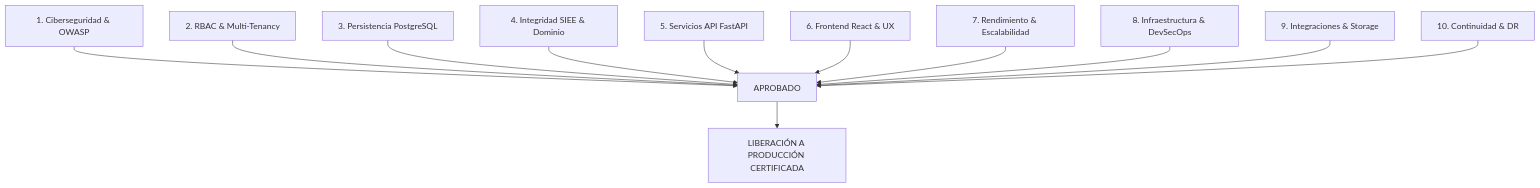
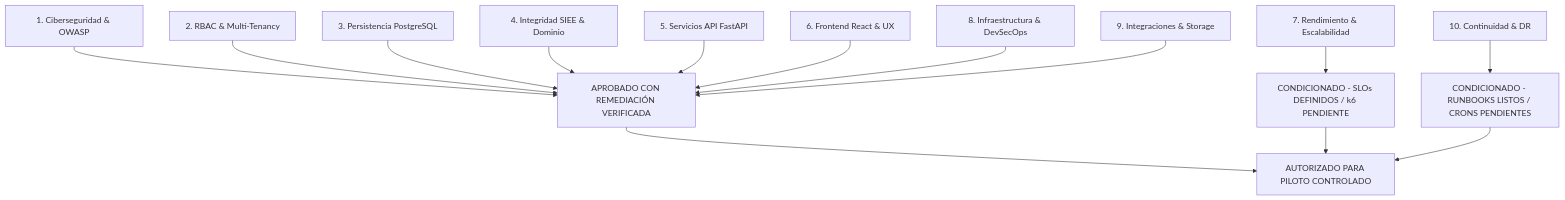
The diagram in docs/audits/PEVN_ENTERPRISE_HARDENING/14_PRODUCTION_READINESS_ASSESSMENT.md (juancastro2381-hub/Plataforma-Educativa-Virtual-Nacional-PEVN), drawn with Mermaid before and after one commit. The commit also changed other lines of this file and 29 other files, not shown here.

````diff
--- a/docs/audits/PEVN_ENTERPRISE_HARDENING/14_PRODUCTION_READINESS_ASSESSMENT.md
+++ b/docs/audits/PEVN_ENTERPRISE_HARDENING/14_PRODUCTION_READINESS_ASSESSMENT.md
@@ -25,15 +26,17 @@
 ```mermaid
 graph TD
-    Gate1[1. Ciberseguridad & OWASP] --> PASS[APROBADO]
+    Gate1[1. Ciberseguridad & OWASP] --> PASS[APROBADO CON REMEDIACIÓN VERIFICADA]
     Gate2[2. RBAC & Multi-Tenancy] --> PASS
     Gate3[3. Persistencia PostgreSQL] --> PASS
     Gate4[4. Integridad SIEE & Dominio] --> PASS
     Gate5[5. Servicios API FastAPI] --> PASS
     Gate6[6. Frontend React & UX] --> PASS
-    Gate7[7. Rendimiento & Escalabilidad] --> PASS
+    Gate7[7. Rendimiento & Escalabilidad] --> COND[CONDICIONADO - SLOs DEFINIDOS / k6 PENDIENTE]
     Gate8[8. Infraestructura & DevSecOps] --> PASS
     Gate9[9. Integraciones & Storage] --> PASS
-    Gate10[10. Continuidad & DR] --> PASS
+    Gate10[10. Continuidad & DR] --> COND_DR[CONDICIONADO - RUNBOOKS LISTOS / CRONS PENDIENTES]
     
-    PASS --> Release[LIBERACIÓN A PRODUCCIÓN CERTIFICADA]
+    PASS --> Pilot[AUTORIZADO PARA PILOTO CONTROLADO]
+    COND --> Pilot
+    COND_DR --> Pilot
 ```
````
